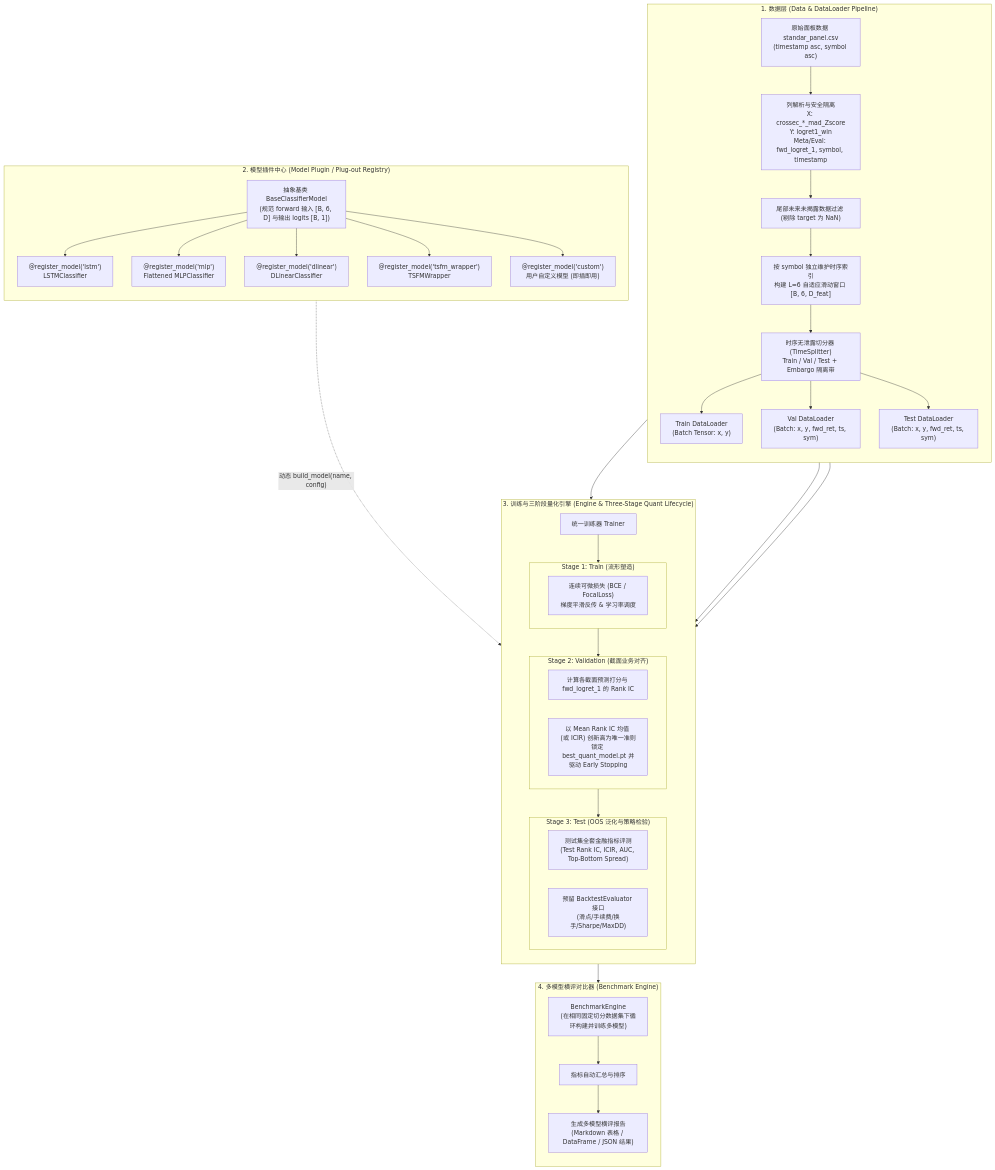
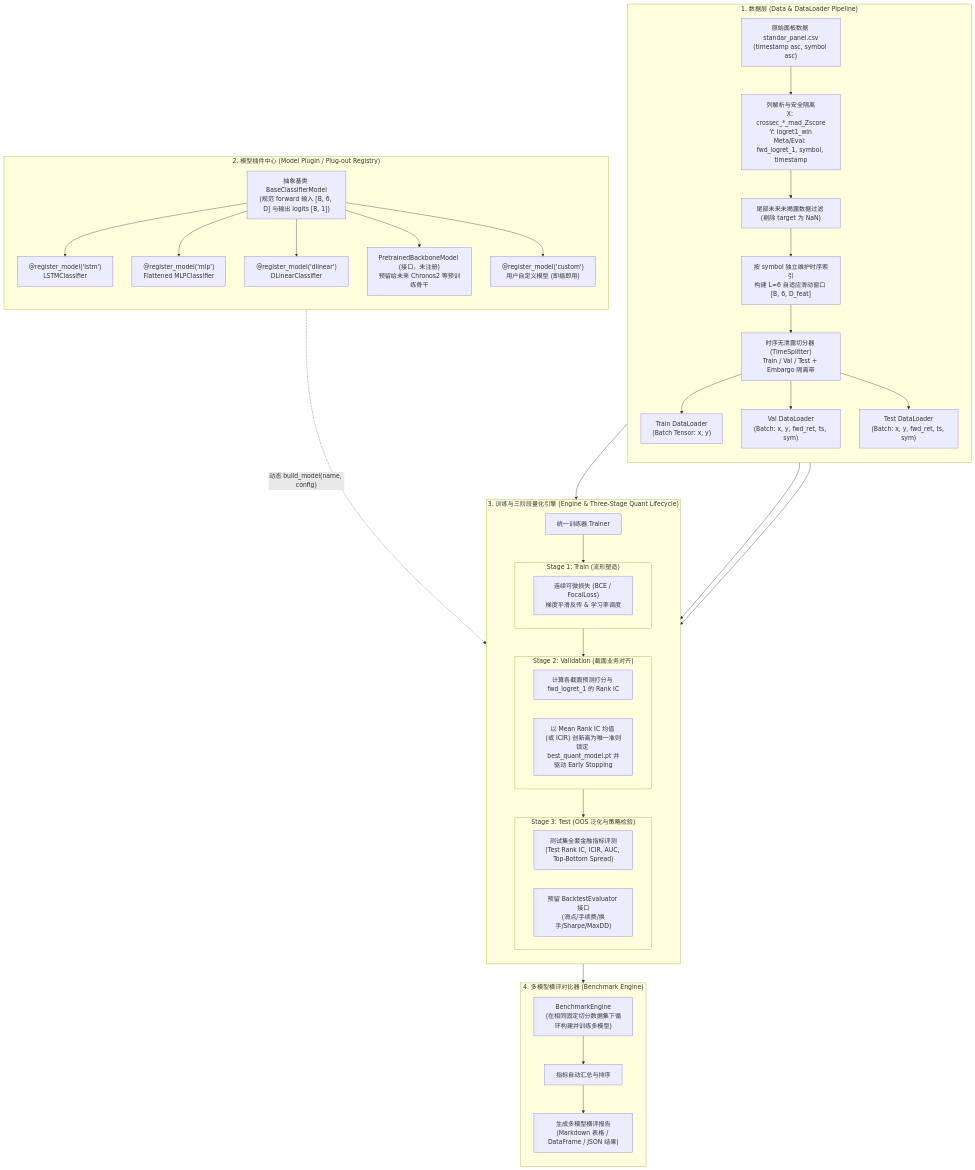
One commit to GeekChomolungma/crossec_forecast changed the diagram in IMPLEMENTATION_PLAN.md. Above: the diagram before and after it, drawn with Mermaid. The commit also changed other lines of this file and 13 other files, not shown here.

Commit message:
add pretrained model interface

````diff
--- a/IMPLEMENTATION_PLAN.md
+++ b/IMPLEMENTATION_PLAN.md
@@ -9,73 +9,73 @@
 ```mermaid
 flowchart TD
     %% ================= 1. 数据层 =================
     subgraph DataPipeline["1. 数据层 (Data & DataLoader Pipeline)"]
         direction TB
         RawCSV["原始面板数据 standar_panel.csv<br/>(timestamp asc, symbol asc)"] --> ColumnParser["列解析与安全隔离<br/>X: crossec_*_mad_Zscore<br/>Y: logret1_win<br/>Meta/Eval: fwd_logret_1, symbol, timestamp"]
         ColumnParser --> NaNFilter["尾部未来未揭露数据过滤 (剔除 target 为 NaN)"]
         NaNFilter --> SymIndexer["按 symbol 独立维护时序索引<br/>构建 L=6 自适应滑动窗口 [B, 6, D_feat]"]
         SymIndexer --> ChronoSplit["时序无泄露切分器 (TimeSplitter)<br/>Train / Val / Test + Embargo 隔离带"]
         ChronoSplit --> TrainLoader["Train DataLoader<br/>(Batch Tensor: x, y)"]
         ChronoSplit --> ValLoader["Val DataLoader<br/>(Batch: x, y, fwd_ret, ts, sym)"]
         ChronoSplit --> TestLoader["Test DataLoader<br/>(Batch: x, y, fwd_ret, ts, sym)"]
     end
 
     %% ================= 2. 模型插件中心 =================
     subgraph ModelRegistryLayer["2. 模型插件中心 (Model Plugin / Plug-out Registry)"]
         direction TB
         BaseModel["抽象基类 BaseClassifierModel<br/>(规范 forward 输入 [B, 6, D] 与输出 logits [B, 1])"]
         
         LSTMMod["@register_model('lstm')<br/>LSTMClassifier"]
         MLPMod["@register_model('mlp')<br/>Flattened MLPClassifier"]
         DLinearMod["@register_model('dlinear')<br/>DLinearClassifier"]
-        TSFMMod["@register_model('tsfm_wrapper')<br/>TSFMWrapper"]
+        PretrainedMod["PretrainedBackboneModel (接口，未注册)<br/>预留给未来 Chronos2 等预训练骨干"]
         CustomMod["@register_model('custom')<br/>用户自定义模型 (即插即用)"]
 
         BaseModel --> LSTMMod
         BaseModel --> MLPMod
         BaseModel --> DLinearMod
-        BaseModel --> TSFMMod
+        BaseModel --> PretrainedMod
         BaseModel --> CustomMod
     end
 
     %% ================= 3. 训练与三阶段量化引擎 =================
     subgraph EngineLayer["3. 训练与三阶段量化引擎 (Engine & Three-Stage Quant Lifecycle)"]
         direction TB
         Trainer["统一训练器 Trainer"]
         
         subgraph Stage1["Stage 1: Train (流形塑造)"]
             T_Loss["连续可微损失 (BCE / FocalLoss)<br/>梯度平滑反传 & 学习率调度"]
         end
         
         subgraph Stage2["Stage 2: Validation (截面业务对齐)"]
             V_Eval["计算各截面预测打分与 fwd_logret_1 的 Rank IC"]
             V_Select["以 Mean Rank IC 均值 (或 ICIR) 创新高为唯一准则<br/>锁定 best_quant_model.pt 并驱动 Early Stopping"]
         end
         
         subgraph Stage3["Stage 3: Test (OOS 泛化与策略检验)"]
             S_Eval["测试集全套金融指标评测<br/>(Test Rank IC, ICIR, AUC, Top-Bottom Spread)"]
             S_Hook["预留 BacktestEvaluator 接口<br/>(滑点/手续费/换手/Sharpe/MaxDD)"]
         end
 
         Trainer --> Stage1
         Stage1 --> Stage2
         Stage2 --> Stage3
     end
 
     %% ================= 4. 横向多模型对比 =================
     subgraph BenchmarkLayer["4. 多模型横评对比器 (Benchmark Engine)"]
         direction TB
         BenchRunner["BenchmarkEngine<br/>(在相同固定切分数据集下循环构建并训练多模型)"]
         MetricsAgg["指标自动汇总与排序"]
         ReportOut["生成多模型横评报告<br/>(Markdown 表格 / DataFrame / JSON 结果)"]
 
         BenchRunner --> MetricsAgg --> ReportOut
     end
 
     %% 连接关系
     TrainLoader --> Trainer
     ValLoader --> Trainer
     TestLoader --> Trainer
     ModelRegistryLayer -. "动态 build_model(name, config)" .-> Trainer
     Trainer --> BenchRunner
 ```
````
